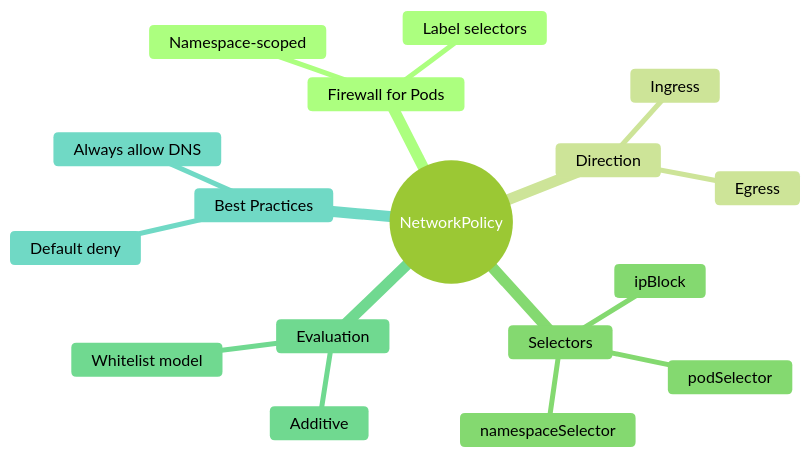
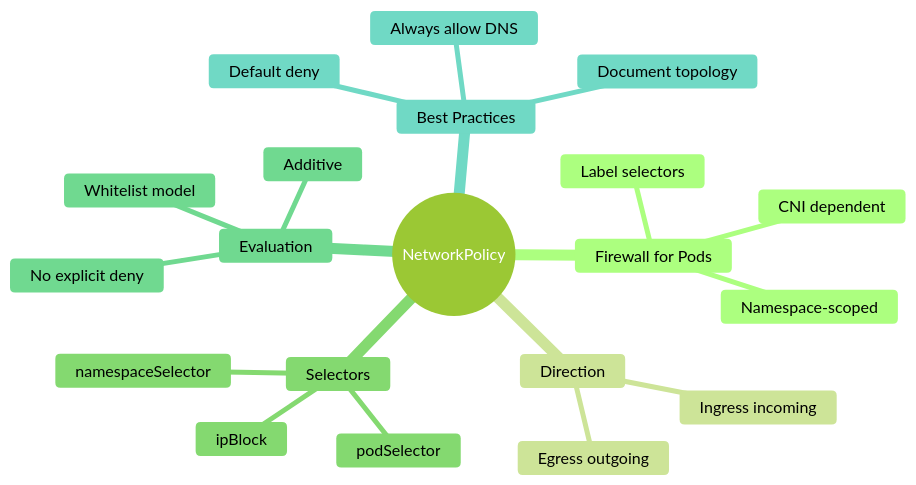
The ninth of 9 diagrams in slides/networkpolicy/slides.md (courselabs/kubernetes), drawn with Mermaid (forest theme) before and after one commit. The commit also changed other lines of this file and 5 other files, not shown here.

````diff
--- a/slides/networkpolicy/slides.md
+++ b/slides/networkpolicy/slides.md
@@ -483,20 +510,23 @@
 ```mermaid
 mindmap
   root((NetworkPolicy))
     Firewall for Pods
       Namespace-scoped
       Label selectors
+      CNI dependent
     Direction
-      Ingress
-      Egress
+      Ingress incoming
+      Egress outgoing
     Selectors
       podSelector
       namespaceSelector
       ipBlock
     Evaluation
       Additive
       Whitelist model
+      No explicit deny
     Best Practices
       Default deny
       Always allow DNS
+      Document topology
 ```
````
